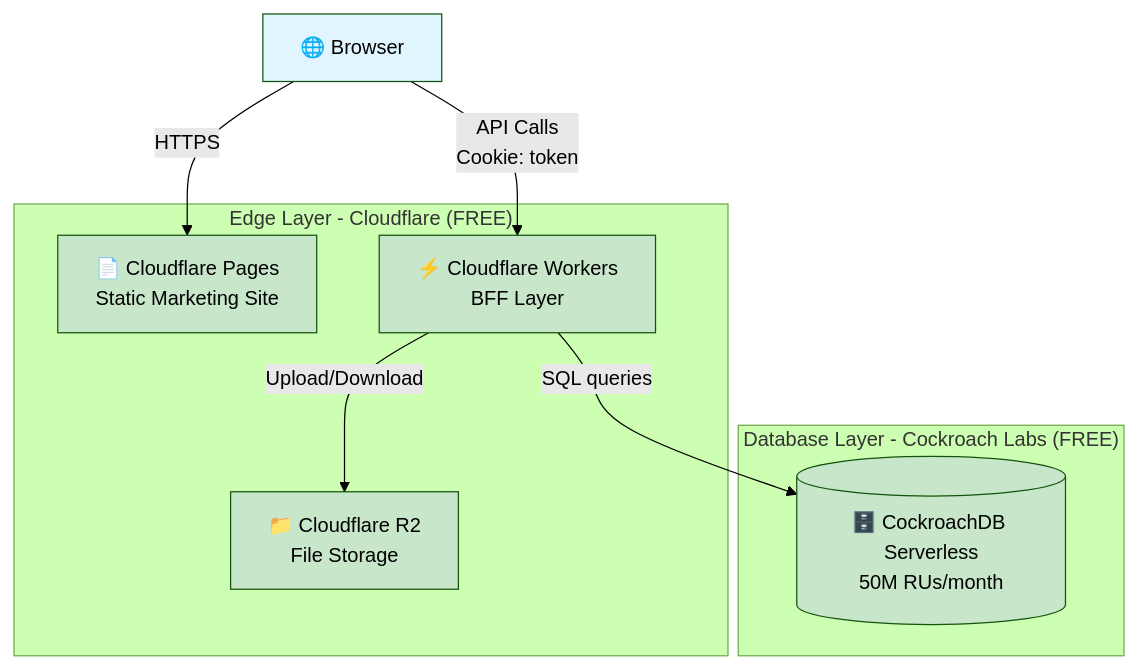
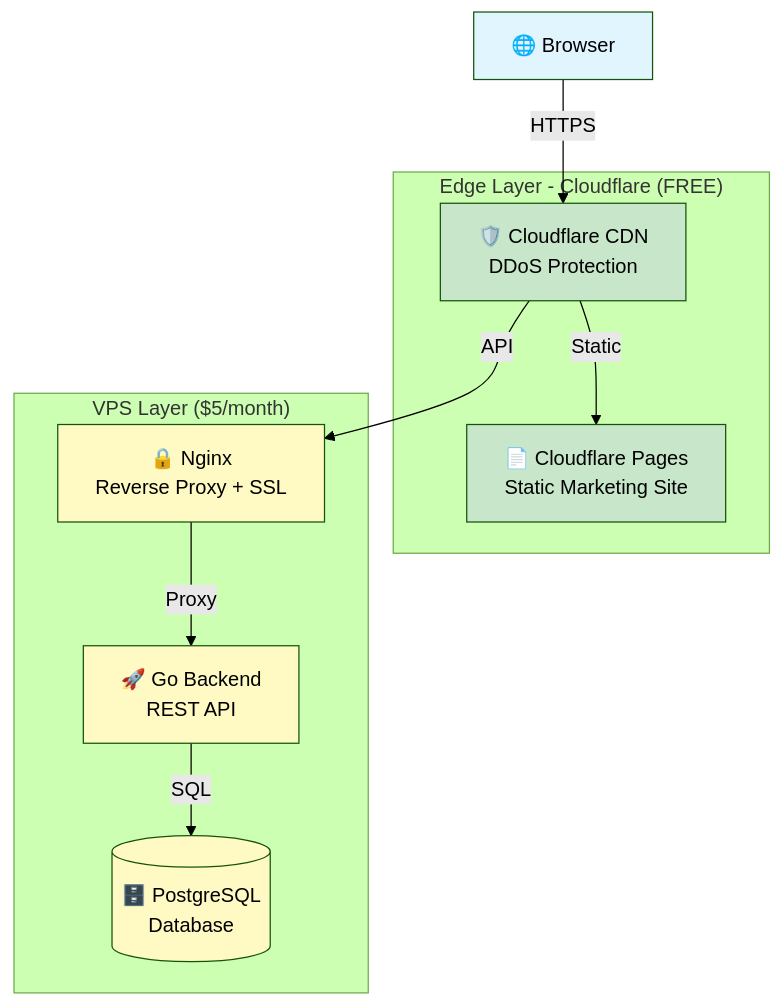
The diagram in README.md (idtazkia/website-stmik), drawn with Mermaid (forest theme) before and after one commit. The commit also changed other lines of this file and 3 other files, not shown here.

First line of the commit message:
Update architecture to use VPS with Go and PostgreSQL

````diff
--- a/README.md
+++ b/README.md
@@ -47,25 +47,28 @@
 ```mermaid
 graph TB
     Browser[🌐 Browser]
 
     subgraph "Edge Layer - Cloudflare (FREE)"
+        CDN[🛡️ Cloudflare CDN<br/>DDoS Protection]
         Pages[📄 Cloudflare Pages<br/>Static Marketing Site]
-        Workers[⚡ Cloudflare Workers<br/>BFF Layer]
-        R2[📁 Cloudflare R2<br/>File Storage]
     end
 
-    subgraph "Database Layer - Cockroach Labs (FREE)"
-        Database[(🗄️ CockroachDB Serverless<br/>50M RUs/month)]
+    subgraph "VPS Layer ($5/month)"
+        Nginx[🔒 Nginx<br/>Reverse Proxy + SSL]
+        GoAPI[🚀 Go Backend<br/>REST API]
+        Database[(🗄️ PostgreSQL<br/>Database)]
     end
 
-    Browser -->|HTTPS| Pages
-    Browser -->|API Calls<br/>Cookie: token| Workers
-    Workers -->|SQL queries| Database
-    Workers -->|Upload/Download| R2
+    Browser -->|HTTPS| CDN
+    CDN -->|Static| Pages
+    CDN -->|API| Nginx
+    Nginx -->|Proxy| GoAPI
+    GoAPI -->|SQL| Database
 
     style Browser fill:#e1f5ff
+    style CDN fill:#c8e6c9
     style Pages fill:#c8e6c9
-    style Workers fill:#c8e6c9
-    style R2 fill:#c8e6c9
-    style Database fill:#c8e6c9
+    style Nginx fill:#fff9c4
+    style GoAPI fill:#fff9c4
+    style Database fill:#fff9c4
 ```
````
